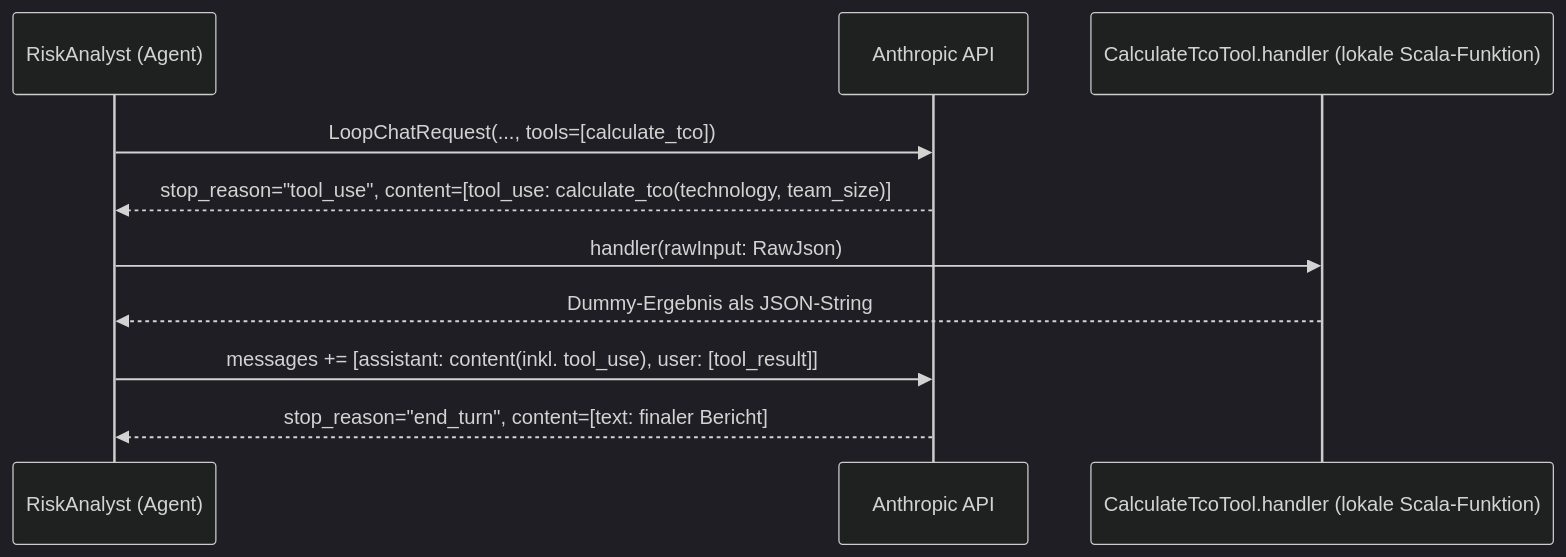
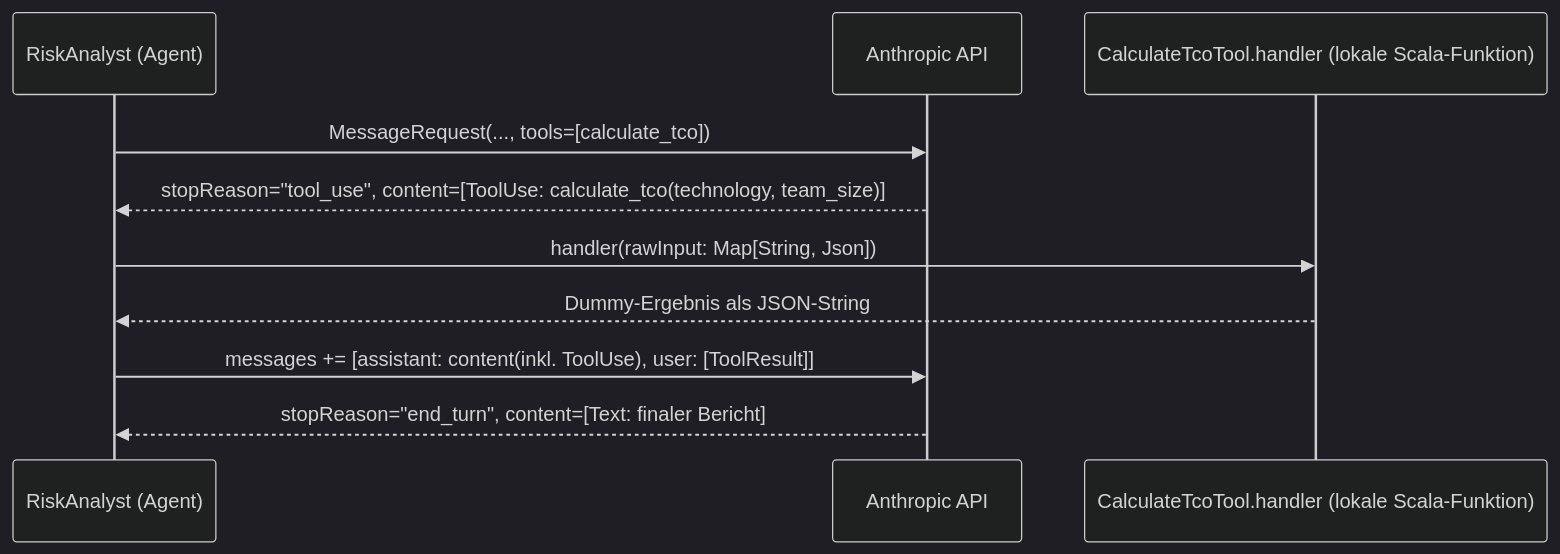
The third of 3 diagrams in cli/multi-agent-system_agentic_orchestrator/README.md (GuntherW/scala-cheatsheet), drawn with Mermaid (dark theme) before and after one commit. The commit also changed other lines of this file and 6 other files, not shown here.

````diff
--- a/cli/multi-agent-system_agentic_orchestrator/README.md
+++ b/cli/multi-agent-system_agentic_orchestrator/README.md
@@ -97,12 +97,12 @@
 ```mermaid
 sequenceDiagram
     participant R as RiskAnalyst (Agent)
     participant A as Anthropic API
     participant H as CalculateTcoTool.handler (lokale Scala-Funktion)
-    R ->> A: LoopChatRequest(..., tools=[calculate_tco])
-    A -->> R: stop_reason="tool_use", content=[tool_use: calculate_tco(technology, team_size)]
-    R ->> H: handler(rawInput: RawJson)
+    R ->> A: MessageRequest(..., tools=[calculate_tco])
+    A -->> R: stopReason="tool_use", content=[ToolUse: calculate_tco(technology, team_size)]
+    R ->> H: handler(rawInput: Map[String, Json])
     H -->> R: Dummy-Ergebnis als JSON-String
-    R ->> A: messages += [assistant: content(inkl. tool_use), user: [tool_result]]
-    A -->> R: stop_reason="end_turn", content=[text: finaler Bericht]
+    R ->> A: messages += [assistant: content(inkl. ToolUse), user: [ToolResult]]
+    A -->> R: stopReason="end_turn", content=[Text: finaler Bericht]
 ```
````
